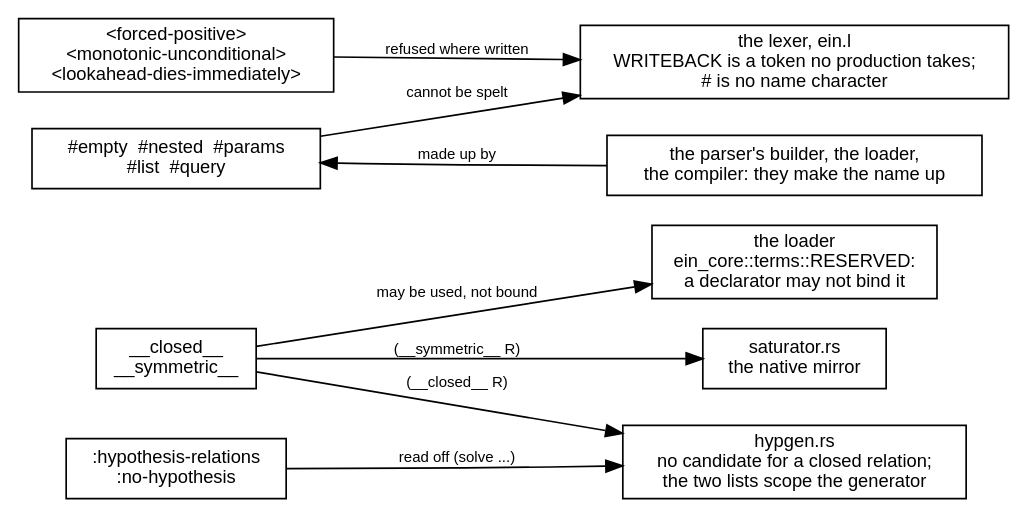
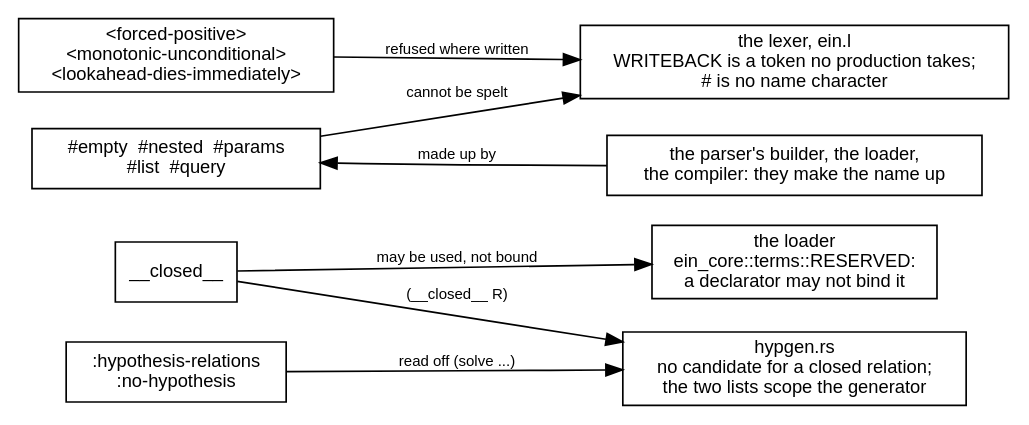
The diagram in docs/ein/ein.rs/diagrams/07-reserved-strings.dot (agutikov/ein), drawn with Graphviz before and after one commit. The commit also changed 94 other files, not shown here.

```diff
--- a/docs/ein/ein.rs/diagrams/07-reserved-strings.dot
+++ b/docs/ein/ein.rs/diagrams/07-reserved-strings.dot
@@ -1,24 +1,22 @@
 digraph reserved {
   rankdir=LR;
   node [shape=box, fontname="Helvetica", fontsize=11];
   edge [fontname="Helvetica", fontsize=9];
 
-  dunder [label="__closed__\n__symmetric__"];
+  dunder [label="__closed__"];
   wb     [label="<forced-positive>\n<monotonic-unconditional>\n<lookahead-dies-immediately>"];
   hash   [label="#empty  #nested  #params\n#list  #query"];
   keys   [label=":hypothesis-relations\n:no-hypothesis"];
 
   lexer  [label="the lexer, ein.l\nWRITEBACK is a token no production takes;\n# is no name character"];
   loader [label="the loader\nein_core::terms::RESERVED:\na declarator may not bind it"];
-  sat    [label="saturator.rs\nthe native mirror"];
   gen    [label="hypgen.rs\nno candidate for a closed relation;\nthe two lists scope the generator"];
   parser [label="the parser's builder, the loader,\nthe compiler: they make the name up"];
 
   wb -> lexer      [label="refused where written"];
   hash -> lexer    [label="cannot be spelt"];
   hash -> parser   [dir=back, label="made up by"];
   dunder -> loader [label="may be used, not bound"];
-  dunder -> sat    [label="(__symmetric__ R)"];
   dunder -> gen    [label="(__closed__ R)"];
   keys -> gen      [label="read off (solve ...)"];
 }
```
